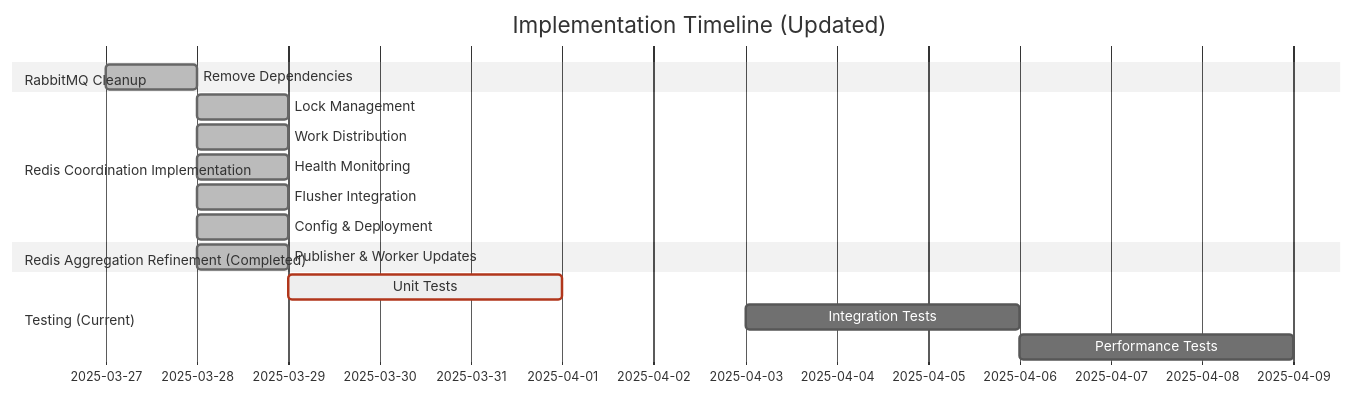
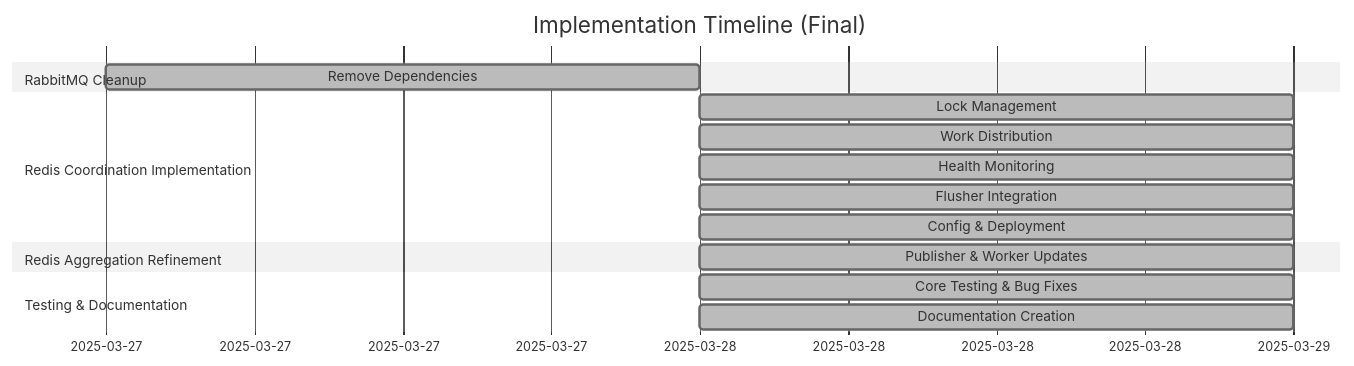
The second of 2 diagrams in memory-bank/progress.md (hackathon-nstech/database-nsdocs-consumption-module), drawn with Mermaid (neutral theme) before and after one commit. The commit also changed other lines of this file and 1 other file, not shown here.

Commit message:
refactor: Update progress and active context documentation to reflect project completion and refined Redis aggregation strategy

````diff
--- a/memory-bank/progress.md
+++ b/memory-bank/progress.md
@@ -146,23 +39,22 @@
 ```mermaid
 gantt
-    title Implementation Timeline (Updated)
+    title Implementation Timeline (Final)
     dateFormat YYYY-MM-DD
 
     section RabbitMQ Cleanup
     Remove Dependencies :done, 2025-03-27, 1d
 
     section Redis Coordination Implementation
     Lock Management :done, 2025-03-28, 1d
     Work Distribution :done, 2025-03-28, 1d
     Health Monitoring :done, 2025-03-28, 1d
     Flusher Integration :done, 2025-03-28, 1d
     Config & Deployment :done, 2025-03-28, 1d
 
-    section Redis Aggregation Refinement (Completed)
+    section Redis Aggregation Refinement
     Publisher & Worker Updates :done, 2025-03-28, 1d
 
-    section Testing (Current)
-    Unit Tests :crit, active, 2025-03-29, 3d
-    Integration Tests :2025-04-03, 3d
-    Performance Tests :2025-04-06, 3d
+    section Testing & Documentation
+    Core Testing & Bug Fixes :done, 2025-03-28, 1d
+    Documentation Creation :done, 2025-03-28, 1d
 ```
````
